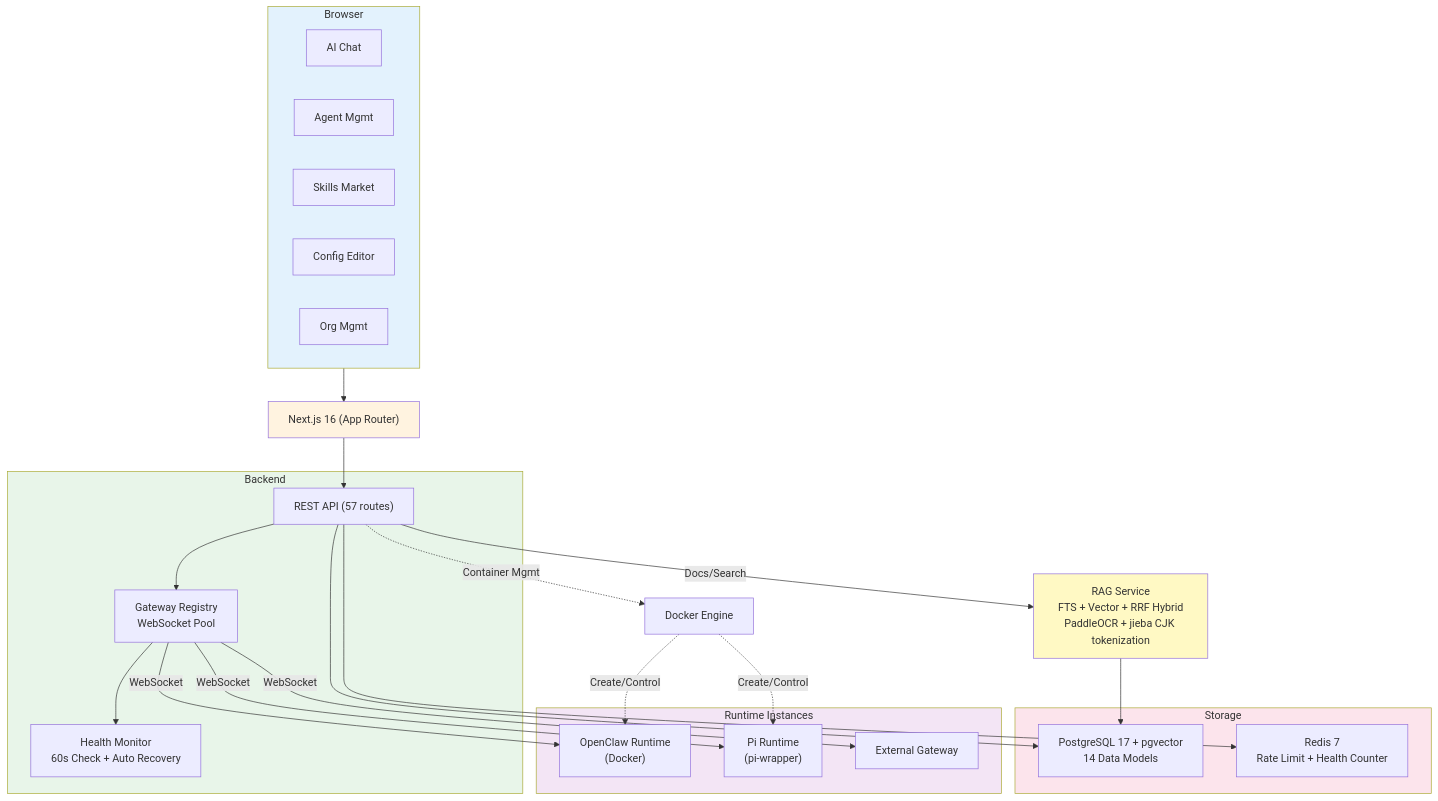
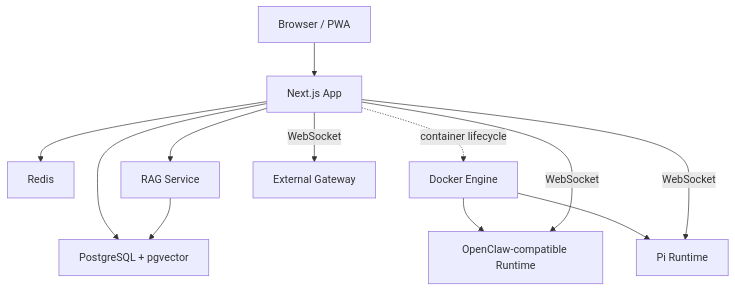
The second of 2 diagrams in README.md (szsip239/teamclaw), drawn with Mermaid before and after one commit. The commit also changed other lines of this file and 3 other files, not shown here.

````diff
--- a/README.md
+++ b/README.md
@@ -793,55 +354,24 @@
 ```mermaid
 graph TB
-    subgraph Client["Browser"]
-        Chat["AI Chat"]
-        AgentUI["Agent Mgmt"]
-        SkillUI["Skills Market"]
-        ConfigUI["Config Editor"]
-        OrgUI["Org Mgmt"]
-    end
+    Browser["Browser / PWA"]
+    Next["Next.js App"]
+    PG["PostgreSQL + pgvector"]
+    Redis["Redis"]
+    RAG["RAG Service"]
+    Docker["Docker Engine"]
+    OC["OpenClaw-compatible Runtime"]
+    PI["Pi Runtime"]
+    External["External Gateway"]
 
-    NextJS["Next.js 16 (App Router)"]
-
-    subgraph Backend["Backend"]
-        API["REST API (57 routes)"]
-        GW["Gateway Registry<br/>WebSocket Pool"]
-        Health["Health Monitor<br/>60s Check + Auto Recovery"]
-    end
-
-    subgraph Storage["Storage"]
-        PG["PostgreSQL 17 + pgvector<br/>14 Data Models"]
-        RD["Redis 7<br/>Rate Limit + Health Counter"]
-    end
-
-    RAG["RAG Service<br/>FTS + Vector + RRF Hybrid<br/>PaddleOCR + jieba CJK tokenization"]
-
-    subgraph Runtime["Runtime Instances"]
-        OC1["OpenClaw Runtime<br/>(Docker)"]
-        PI1["Pi Runtime<br/>(pi-wrapper)"]
-        OCN["External Gateway"]
-    end
-
-    DK["Docker Engine"]
-
-    Client --> NextJS
-    NextJS --> API
-    API --> GW
-    API --> PG
-    API --> RD
-    API -- "Docs/Search" --> RAG
+    Browser --> Next
+    Next --> PG
+    Next --> Redis
+    Next --> RAG
     RAG --> PG
-    GW --> Health
-    GW -- "WebSocket" --> OC1
-    GW -- "WebSocket" --> PI1
-    GW -- "WebSocket" --> OCN
-    API -. "Container Mgmt" .-> DK
-    DK -. "Create/Control" .-> OC1
-    DK -. "Create/Control" .-> PI1
-
-    style Client fill:#e3f2fd
-    style NextJS fill:#fff3e0
-    style Backend fill:#e8f5e9
-    style Storage fill:#fce4ec
-    style RAG fill:#fff9c4
-    style Runtime fill:#f3e5f5
+    Next -. container lifecycle .-> Docker
+    Docker --> OC
+    Docker --> PI
+    Next -- WebSocket --> OC
+    Next -- WebSocket --> PI
+    Next -- WebSocket --> External
 ```
````
